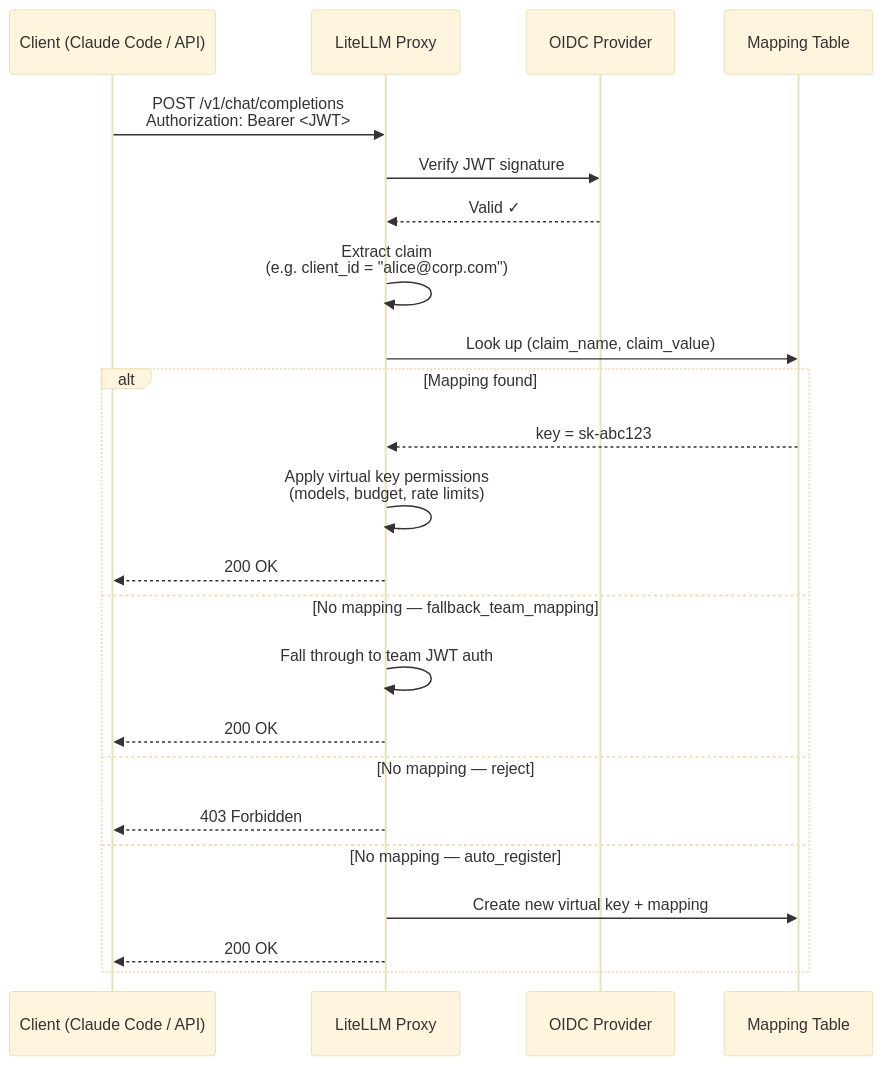
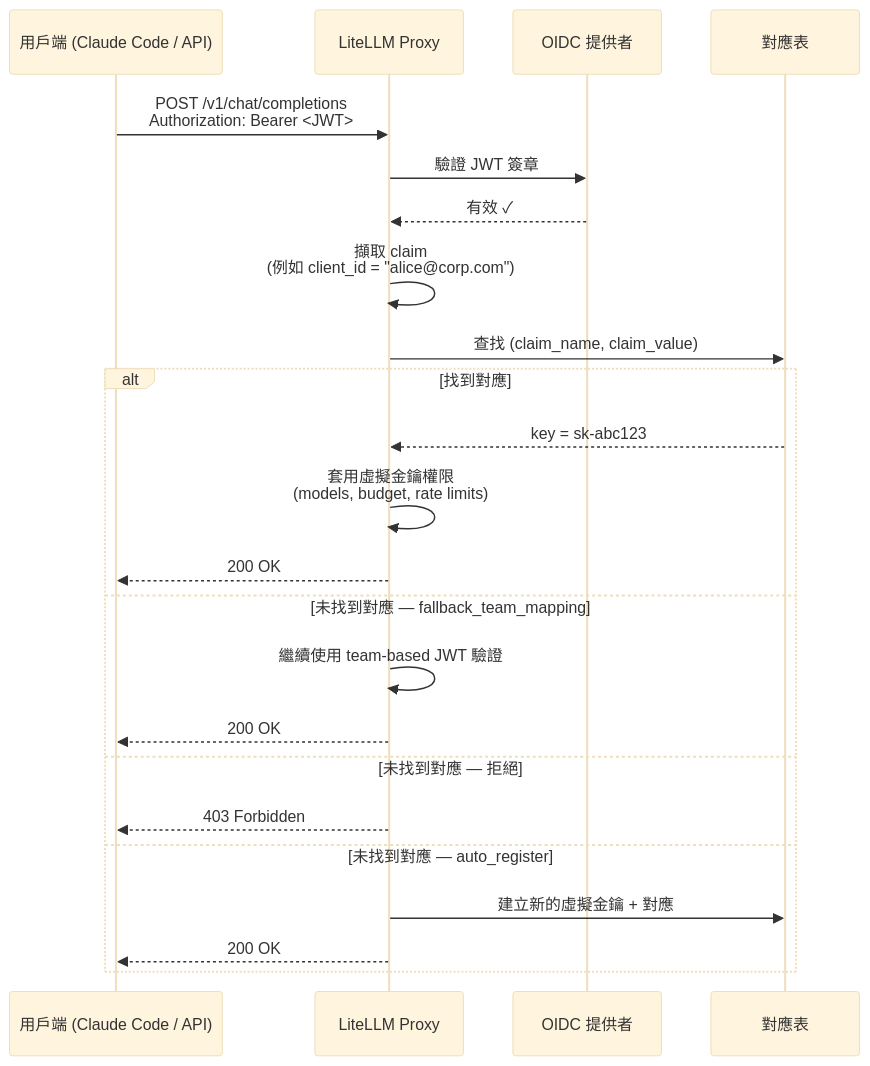
One commit to doggy8088/litellm-docs changed the diagram in docs/proxy/jwt_key_mapping.md. Above: the diagram before and after it, drawn with Mermaid (base theme). The commit also changed other lines of this file and 1957 other files, not shown here.

````diff
--- a/docs/proxy/jwt_key_mapping.md
+++ b/docs/proxy/jwt_key_mapping.md
@@ -21,29 +21,29 @@
 ```mermaid
 sequenceDiagram
-    participant Client as Client (Claude Code / API)
+    participant Client as 用戶端 (Claude Code / API)
     participant Proxy as LiteLLM Proxy
-    participant OIDC as OIDC Provider
-    participant DB as Mapping Table
+    participant OIDC as OIDC 提供者
+    participant DB as 對應表
 
     Client->>Proxy: POST /v1/chat/completions<br/>Authorization: Bearer <JWT>
 
-    Proxy->>OIDC: Verify JWT signature
-    OIDC-->>Proxy: Valid ✓
+    Proxy->>OIDC: 驗證 JWT 簽章
+    OIDC-->>Proxy: 有效 ✓
 
-    Proxy->>Proxy: Extract claim<br/>(e.g. client_id = "alice@corp.com")
+    Proxy->>Proxy: 擷取 claim<br/>(例如 client_id = "alice@corp.com")
 
-    Proxy->>DB: Look up (claim_name, claim_value)
-    alt Mapping found
+    Proxy->>DB: 查找 (claim_name, claim_value)
+    alt 找到對應
         DB-->>Proxy: key = sk-abc123
-        Proxy->>Proxy: Apply virtual key permissions<br/>(models, budget, rate limits)
+        Proxy->>Proxy: 套用虛擬金鑰權限<br/>(models, budget, rate limits)
         Proxy-->>Client: 200 OK
-    else No mapping — fallback_team_mapping
-        Proxy->>Proxy: Fall through to team JWT auth
+    else 未找到對應 — fallback_team_mapping
+        Proxy->>Proxy: 繼續使用 team-based JWT 驗證
         Proxy-->>Client: 200 OK
-    else No mapping — reject
+    else 未找到對應 — 拒絕
         Proxy-->>Client: 403 Forbidden
-    else No mapping — auto_register
-        Proxy->>DB: Create new virtual key + mapping
+    else 未找到對應 — auto_register
+        Proxy->>DB: 建立新的虛擬金鑰 + 對應
         Proxy-->>Client: 200 OK
     end
 ```
````
